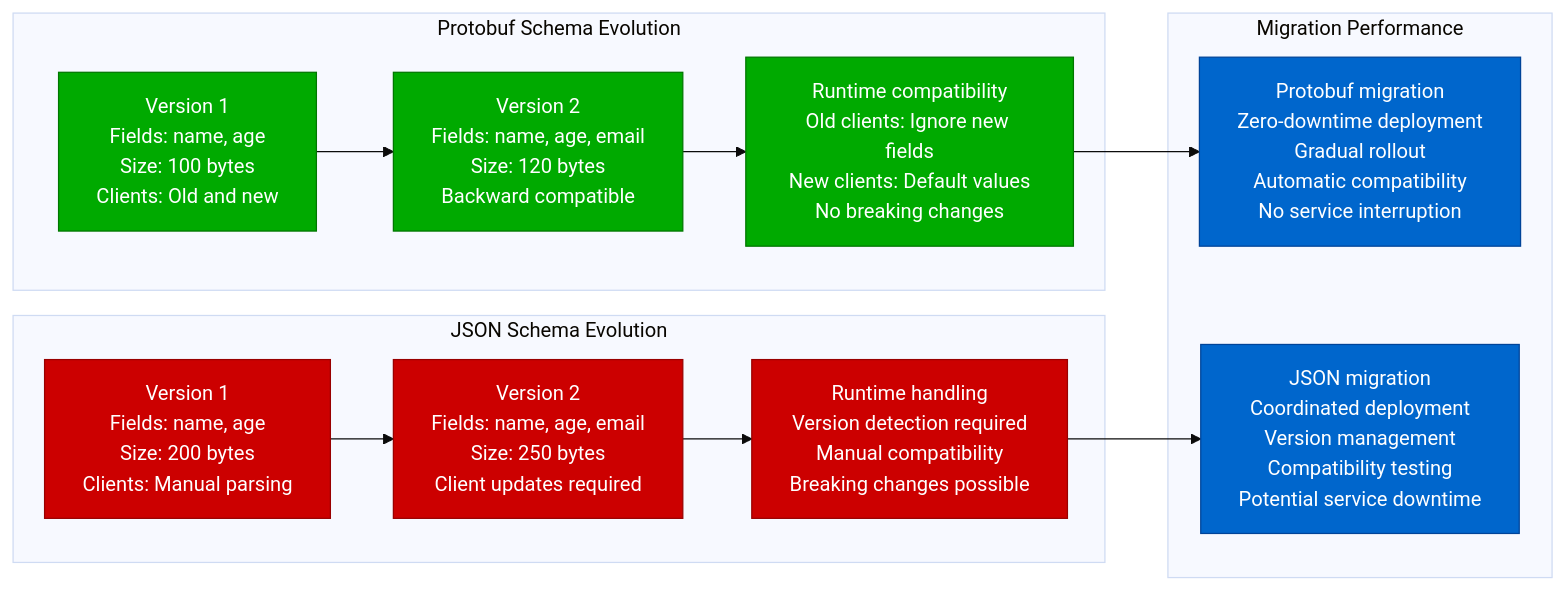
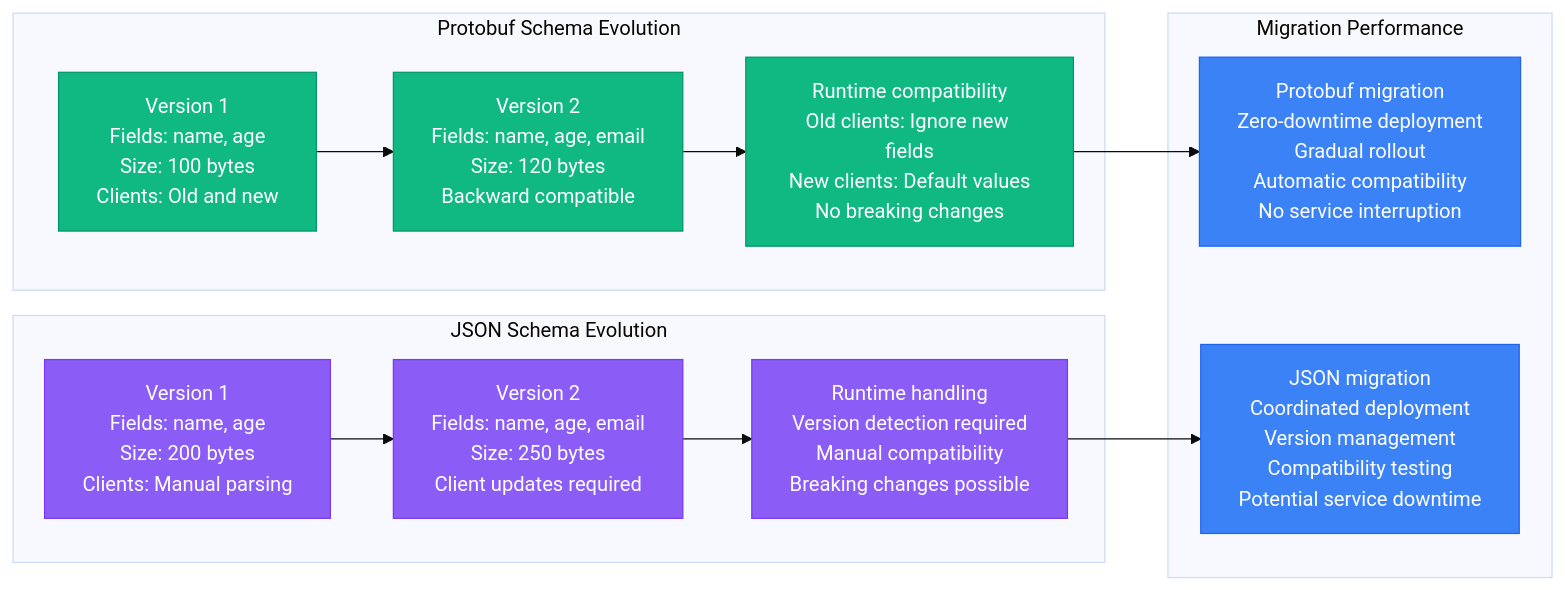
Before and after one commit to deepaucksharma/DS: the fourth of 13 diagrams in site/docs/performance/grpc-performance-profile.md, drawn with Mermaid (base theme). The commit also changed other lines of this file and 303 other files, not shown here.

````diff
--- a/site/docs/performance/grpc-performance-profile.md
+++ b/site/docs/performance/grpc-performance-profile.md
@@ -135,39 +135,39 @@
 ```mermaid
 graph LR
     subgraph "Protobuf Schema Evolution"
         PROTO_EVO1[Version 1<br/>Fields: name, age<br/>Size: 100 bytes<br/>Clients: Old and new]
 
         PROTO_EVO2[Version 2<br/>Fields: name, age, email<br/>Size: 120 bytes<br/>Backward compatible]
 
         PROTO_EVO3[Runtime compatibility<br/>Old clients: Ignore new fields<br/>New clients: Default values<br/>No breaking changes]
 
         PROTO_EVO1 --> PROTO_EVO2 --> PROTO_EVO3
     end
 
     subgraph "JSON Schema Evolution"
         JSON_EVO1[Version 1<br/>Fields: name, age<br/>Size: 200 bytes<br/>Clients: Manual parsing]
 
         JSON_EVO2[Version 2<br/>Fields: name, age, email<br/>Size: 250 bytes<br/>Client updates required]
 
         JSON_EVO3[Runtime handling<br/>Version detection required<br/>Manual compatibility<br/>Breaking changes possible]
 
         JSON_EVO1 --> JSON_EVO2 --> JSON_EVO3
     end
 
     subgraph "Migration Performance"
         MIGRATION1[Protobuf migration<br/>Zero-downtime deployment<br/>Gradual rollout<br/>Automatic compatibility<br/>No service interruption]
 
         MIGRATION2[JSON migration<br/>Coordinated deployment<br/>Version management<br/>Compatibility testing<br/>Potential service downtime]
 
         PROTO_EVO3 --> MIGRATION1
         JSON_EVO3 --> MIGRATION2
     end
 
-    classDef protoStyle fill:#00AA00,stroke:#007700,color:#fff
-    classDef jsonStyle fill:#CC0000,stroke:#990000,color:#fff
-    classDef migrationStyle fill:#0066CC,stroke:#004499,color:#fff
+    classDef protoStyle fill:#10B981,stroke:#059669,color:#fff
+    classDef jsonStyle fill:#8B5CF6,stroke:#7C3AED,color:#fff
+    classDef migrationStyle fill:#3B82F6,stroke:#2563EB,color:#fff
 
     class PROTO_EVO1,PROTO_EVO2,PROTO_EVO3 protoStyle
     class JSON_EVO1,JSON_EVO2,JSON_EVO3 jsonStyle
     class MIGRATION1,MIGRATION2 migrationStyle
 ```
````
